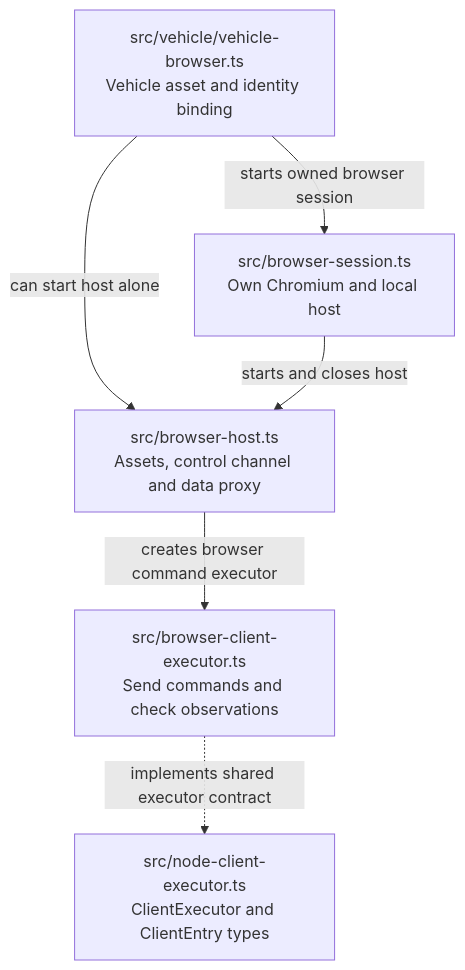
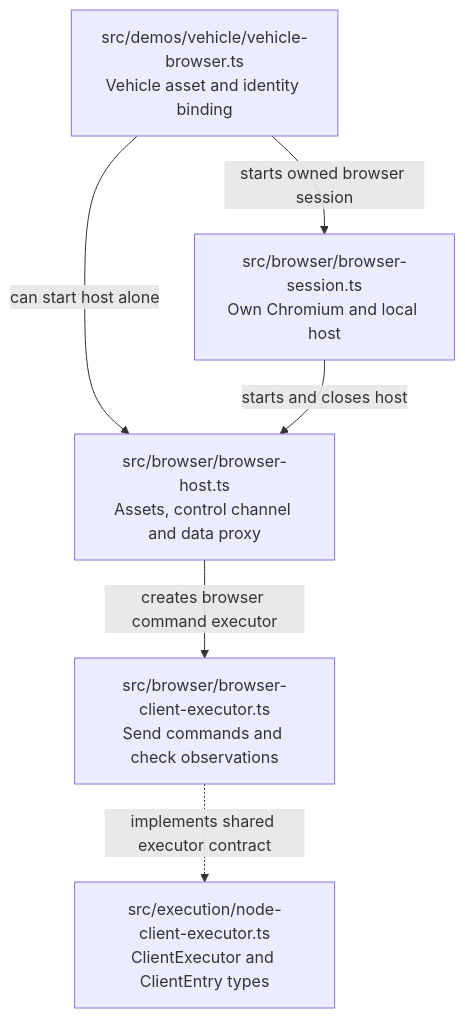
Before and after one commit to sproates/zooglass: the fifth of 6 diagrams in incubator/workbench/docs/source-map.md, drawn with Mermaid. The commit also changed other lines of this file and 72 other files, not shown here.

````diff
--- a/incubator/workbench/docs/source-map.md
+++ b/incubator/workbench/docs/source-map.md
@@ -160,13 +180,13 @@
 ```mermaid
 flowchart TB
-  vehicle["src/vehicle/vehicle-browser.ts<br/>Vehicle asset and identity binding"]
-  session["src/browser-session.ts<br/>Own Chromium and local host"]
-  host["src/browser-host.ts<br/>Assets, control channel and data proxy"]
-  executor["src/browser-client-executor.ts<br/>Send commands and check observations"]
-  contract["src/node-client-executor.ts<br/>ClientExecutor and ClientEntry types"]
+  vehicle["src/demos/vehicle/vehicle-browser.ts<br/>Vehicle asset and identity binding"]
+  session["src/browser/browser-session.ts<br/>Own Chromium and local host"]
+  host["src/browser/browser-host.ts<br/>Assets, control channel and data proxy"]
+  executor["src/browser/browser-client-executor.ts<br/>Send commands and check observations"]
+  contract["src/execution/node-client-executor.ts<br/>ClientExecutor and ClientEntry types"]
   vehicle -->|starts owned browser session| session
   vehicle -->|can start host alone| host
   session -->|starts and closes host| host
   host -->|creates browser command executor| executor
   executor -.->|implements shared executor contract| contract
 ```
````
